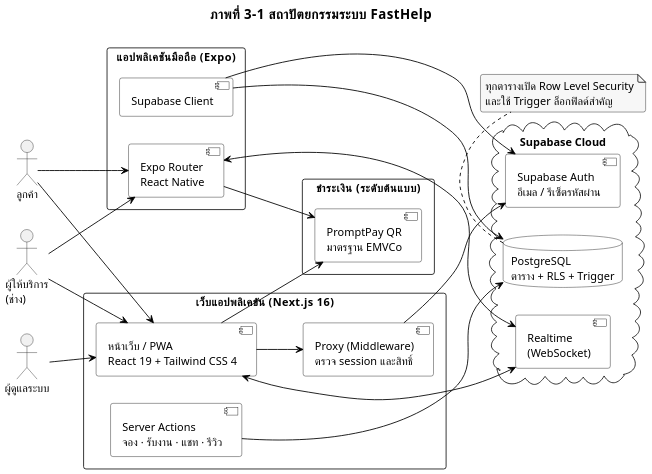
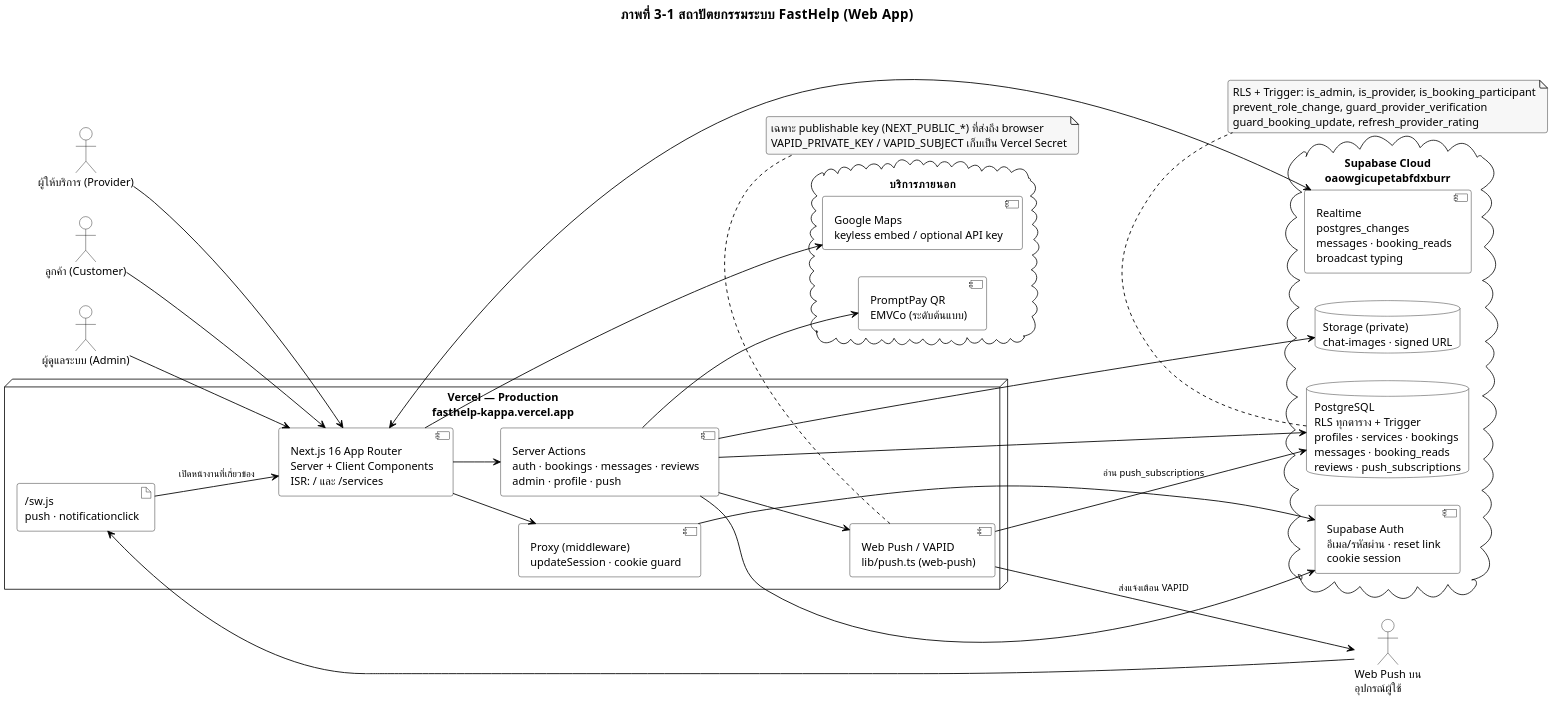
One commit to sarunyu-d-commits/Fasthelpservice changed the diagram in docs/diagrams/01-architecture.puml. Above: the diagram before and after it, drawn with PlantUML. The commit also changed 14 other files, not shown here.

Commit message:
docs: refresh report diagrams to match production web app

```diff
--- a/docs/diagrams/01-architecture.puml
+++ b/docs/diagrams/01-architecture.puml
@@ -1,80 +1,93 @@
 @startuml
-title ภาพที่ 3-1 สถาปัตยกรรมระบบ FastHelp
+title ภาพที่ 3-1 สถาปัตยกรรมระบบ FastHelp (Web App)
 
 skinparam backgroundColor #FFFFFF
 skinparam defaultFontName Tahoma
 skinparam defaultFontColor #000000
 skinparam defaultFontSize 14
 skinparam dpi 150
 skinparam shadowing false
 skinparam roundcorner 6
 skinparam ArrowColor #000000
 skinparam ArrowThickness 1.1
 skinparam ArrowFontColor #000000
 skinparam ArrowFontSize 12
 skinparam titleFontSize 17
 skinparam titleFontColor #000000
 skinparam packageBackgroundColor #FFFFFF
 skinparam packageBorderColor #000000
 skinparam packageFontColor #000000
 skinparam nodeBackgroundColor #FFFFFF
 skinparam nodeBorderColor #000000
 skinparam cloudBackgroundColor #FFFFFF
 skinparam cloudBorderColor #000000
 skinparam databaseBackgroundColor #FFFFFF
 skinparam databaseBorderColor #000000
 skinparam componentBackgroundColor #FFFFFF
 skinparam componentBorderColor #000000
 skinparam componentFontColor #000000
+skinparam artifactBackgroundColor #FFFFFF
+skinparam artifactBorderColor #000000
 skinparam noteBackgroundColor #F7F7F7
 skinparam noteBorderColor #000000
+skinparam actorBackgroundColor #FFFFFF
+skinparam actorBorderColor #000000
 
 left to right direction
 
-actor "ลูกค้า" as Customer
-actor "ผู้ให้บริการ\n(ช่าง)" as Provider
-actor "ผู้ดูแลระบบ" as Admin
+actor "ลูกค้า (Customer)" as Customer
+actor "ผู้ให้บริการ (Provider)" as Provider
+actor "ผู้ดูแลระบบ (Admin)" as Admin
 
-rectangle "เว็บแอปพลิเคชัน (Next.js 16)" as Web {
-  component "หน้าเว็บ / PWA\nReact 19 + Tailwind CSS 4" as WebUI
-  component "Server Actions\nจอง · รับงาน · แชท · รีวิว" as Actions
-  component "Proxy (Middleware)\nตรวจ session และสิทธิ์" as Proxy
+node "Vercel — Production\nfasthelp-kappa.vercel.app" as Vercel {
+  component "Next.js 16 App Router\nServer + Client Components\nISR: / และ /services" as WebUI
+  component "Proxy (middleware)\nupdateSession · cookie guard" as Proxy
+  component "Server Actions\nauth · bookings · messages · reviews\nadmin · profile · push" as Actions
+  component "Web Push / VAPID\nlib/push.ts (web-push)" as Push
+  artifact "/sw.js\npush · notificationclick" as SW
 }
 
-rectangle "แอปพลิเคชันมือถือ (Expo)" as Mobile {
-  component "Expo Router\nReact Native" as MobileUI
-  component "Supabase Client" as MobileClient
+cloud "Supabase Cloud\noaowgicupetabfdxburr" as Supabase {
+  component "Supabase Auth\nอีเมล/รหัสผ่าน · reset link\ncookie session" as Auth
+  database "PostgreSQL\nRLS ทุกตาราง + Trigger\nprofiles · services · bookings\nmessages · booking_reads\nreviews · push_subscriptions" as DB
+  component "Realtime\npostgres_changes\nmessages · booking_reads\nbroadcast typing" as RT
+  database "Storage (private)\nchat-images · signed URL" as Storage
 }
 
-cloud "Supabase Cloud" as Supabase {
-  component "Supabase Auth\nอีเมล / รีเซ็ตรหัสผ่าน" as Auth
-  database "PostgreSQL\nตาราง + RLS + Trigger" as DB
-  component "Realtime\n(WebSocket)" as Realtime
+cloud "บริการภายนอก" as External {
+  component "Google Maps\nkeyless embed / optional API key" as Maps
+  component "PromptPay QR\nEMVCo (ระดับต้นแบบ)" as QR
 }
 
-rectangle "ชำระเงิน (ระดับต้นแบบ)" as Payment {
-  component "PromptPay QR\nมาตรฐาน EMVCo" as QR
-}
+actor "Web Push บน\nอุปกรณ์ผู้ใช้" as Device
 
 Customer --> WebUI
 Provider --> WebUI
 Admin --> WebUI
-Customer --> MobileUI
-Provider --> MobileUI
-
 WebUI --> Proxy
 Proxy --> Auth
+WebUI --> Actions
+Actions --> Auth
 Actions --> DB
-MobileClient --> Auth
-MobileClient --> DB
-WebUI <--> Realtime
-MobileUI <--> Realtime
-WebUI --> QR
-MobileUI --> QR
+Actions --> Storage
+Actions --> Push
+Actions --> QR
+WebUI <--> RT
+WebUI --> Maps
+Push --> DB : อ่าน push_subscriptions
+Push --> Device : ส่งแจ้งเตือน VAPID
+Device --> SW
+SW --> WebUI : เปิดหน้างานที่เกี่ยวข้อง
 
 note bottom of DB
-  ทุกตารางเปิด Row Level Security
-  และใช้ Trigger ล็อกฟิลด์สำคัญ
+  RLS + Trigger: is_admin, is_provider, is_booking_participant
+  prevent_role_change, guard_provider_verification
+  guard_booking_update, refresh_provider_rating
+end note
+
+note bottom of Push
+  เฉพาะ publishable key (NEXT_PUBLIC_*) ที่ส่งถึง browser
+  VAPID_PRIVATE_KEY / VAPID_SUBJECT เก็บเป็น Vercel Secret
 end note
 
 @enduml
```
